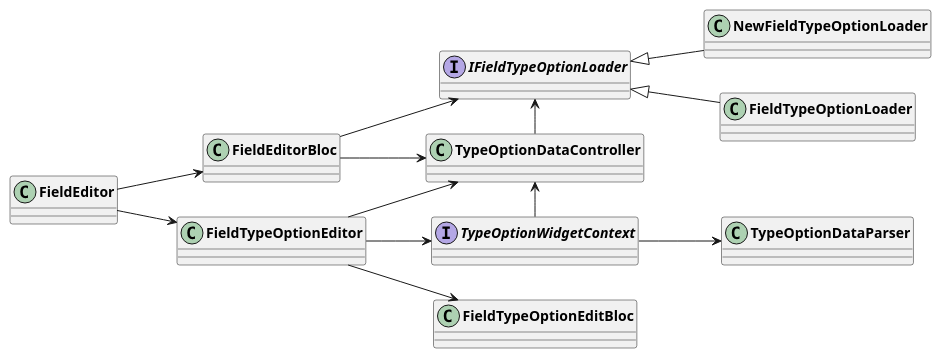
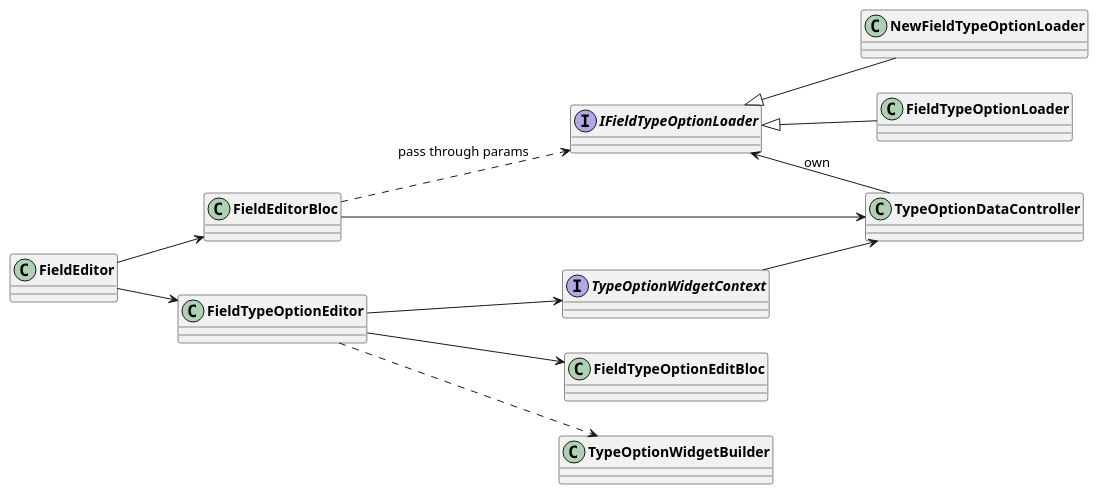
The first of 3 diagrams in uml/dart_classes/grid_field.plantuml (AppFlowy-IO/AppFlowy-Docs), drawn with PlantUML before and after one commit. The commit also changed other lines of this file and 4 other files, not shown here.

Commit message:
chore: update diagrams

```diff
--- a/uml/dart_classes/grid_field.plantuml
+++ b/uml/dart_classes/grid_field.plantuml
@@ -2,27 +2,27 @@
 @startuml Field Editor
 skinparam classFontStyle Bold
 skinparam ActivityBackgroundColor Silver
 skinparam ActivityBorderColor DimGray
 left to right direction
 
 interface IFieldTypeOptionLoader
 interface TypeOptionWidgetContext
 
 FieldEditor --> FieldEditorBloc
 FieldEditor --> FieldTypeOptionEditor
 
-'Context loader
-FieldEditorBloc --> IFieldTypeOptionLoader
+'loader
+FieldEditorBloc ..> IFieldTypeOptionLoader : pass through params
 FieldEditorBloc --> TypeOptionDataController
+TypeOptionDataController -u-> IFieldTypeOptionLoader: own
 NewFieldTypeOptionLoader -u-|> IFieldTypeOptionLoader
 FieldTypeOptionLoader -u-|> IFieldTypeOptionLoader
 
+'editor
 FieldTypeOptionEditor --> FieldTypeOptionEditBloc
 FieldTypeOptionEditor --> TypeOptionWidgetContext
-FieldTypeOptionEditor --> TypeOptionDataController
-TypeOptionDataController -l-> IFieldTypeOptionLoader
+FieldTypeOptionEditor ..> TypeOptionWidgetBuilder
 
 'Context
-TypeOptionWidgetContext -l-> TypeOptionDataController
-TypeOptionWidgetContext --> TypeOptionDataParser
+TypeOptionWidgetContext --> TypeOptionDataController
 @enduml
```
